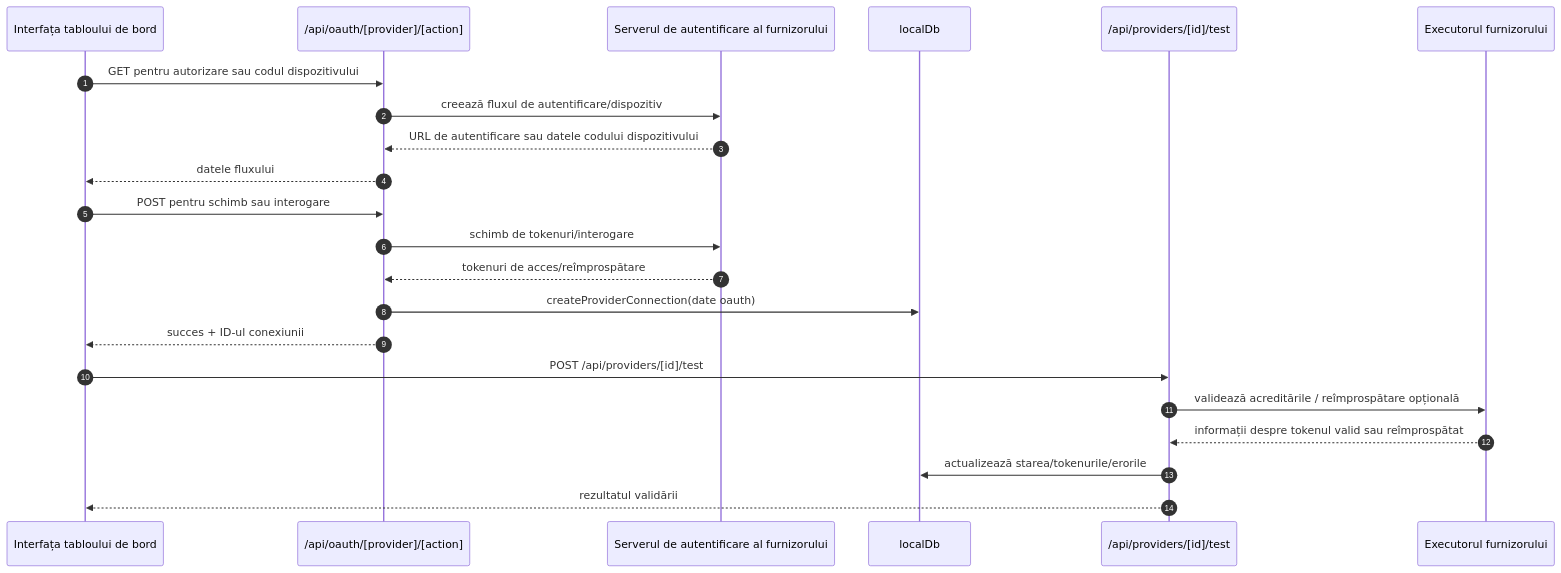
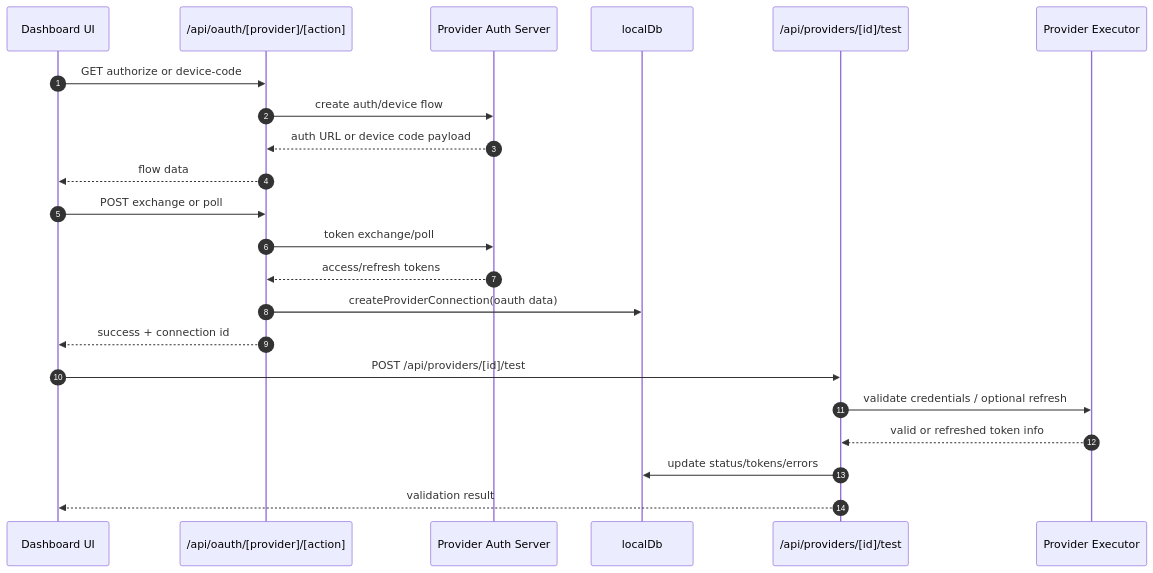
The fourth of 7 diagrams in docs/i18n/ro/docs/architecture/ARCHITECTURE.md (niyatna/NiyatnaRoute), drawn with Mermaid before and after one commit. The commit also changed other lines of this file and 2447 other files, not shown here.

````diff
--- a/docs/i18n/ro/docs/architecture/ARCHITECTURE.md
+++ b/docs/i18n/ro/docs/architecture/ARCHITECTURE.md
@@ -637,27 +409,27 @@
 ```mermaid
 sequenceDiagram
     autonumber
-    participant UI as Interfața tabloului de bord
+    participant UI as Dashboard UI
     participant OAuth as /api/oauth/[provider]/[action]
-    participant ProvAuth as Serverul de autentificare al furnizorului
+    participant ProvAuth as Provider Auth Server
     participant DB as localDb
     participant Test as /api/providers/[id]/test
-    participant Exec as Executorul furnizorului
+    participant Exec as Provider Executor
 
-    UI->>OAuth: GET pentru autorizare sau codul dispozitivului
-    OAuth->>ProvAuth: creează fluxul de autentificare/dispozitiv
-    ProvAuth-->>OAuth: URL de autentificare sau datele codului dispozitivului
-    OAuth-->>UI: datele fluxului
+    UI->>OAuth: GET authorize or device-code
+    OAuth->>ProvAuth: create auth/device flow
+    ProvAuth-->>OAuth: auth URL or device code payload
+    OAuth-->>UI: flow data
 
-    UI->>OAuth: POST pentru schimb sau interogare
-    OAuth->>ProvAuth: schimb de tokenuri/interogare
-    ProvAuth-->>OAuth: tokenuri de acces/reîmprospătare
-    OAuth->>DB: createProviderConnection(date oauth)
-    OAuth-->>UI: succes + ID-ul conexiunii
+    UI->>OAuth: POST exchange or poll
+    OAuth->>ProvAuth: token exchange/poll
+    ProvAuth-->>OAuth: access/refresh tokens
+    OAuth->>DB: createProviderConnection(oauth data)
+    OAuth-->>UI: success + connection id
 
     UI->>Test: POST /api/providers/[id]/test
-    Test->>Exec: validează acreditările / reîmprospătare opțională
-    Exec-->>Test: informații despre tokenul valid sau reîmprospătat
-    Test->>DB: actualizează starea/tokenurile/erorile
-    Test-->>UI: rezultatul validării
+    Test->>Exec: validate credentials / optional refresh
+    Exec-->>Test: valid or refreshed token info
+    Test->>DB: update status/tokens/errors
+    Test-->>UI: validation result
 ```
````
